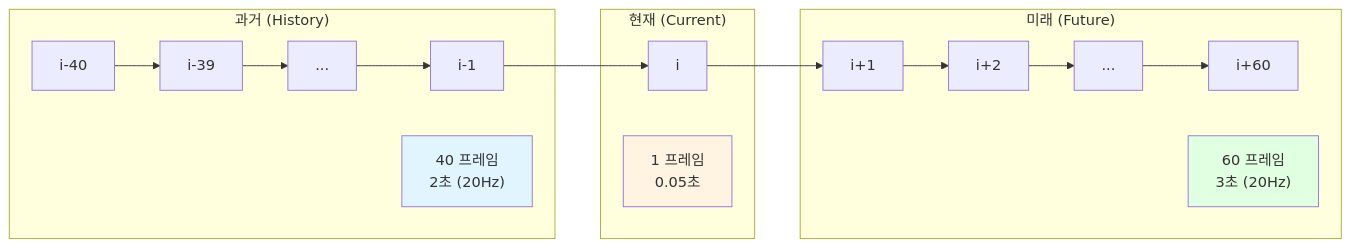
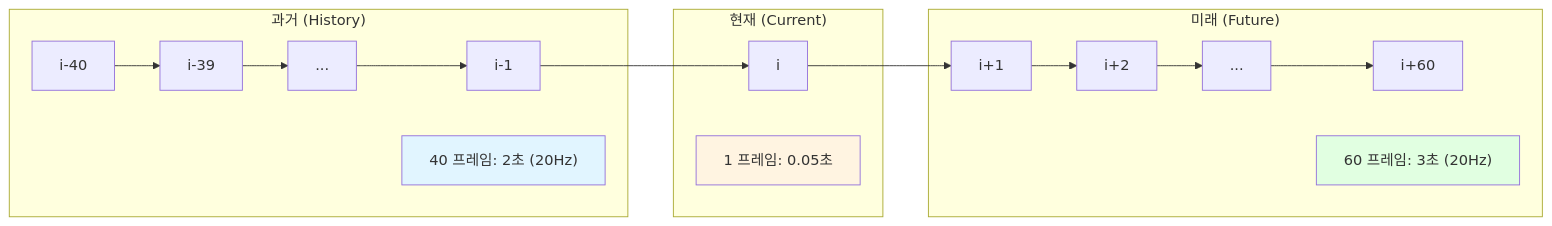
One commit to etri/ad_scenario_classifier changed the eighth of 9 diagrams in doc/01_architecture.md. Above: the diagram before and after it, drawn with Mermaid. The commit also changed other lines of this file and 5 other files, not shown here.

````diff
--- a/doc/01_architecture.md
+++ b/doc/01_architecture.md
@@ -237,24 +237,24 @@
 ```mermaid
 flowchart LR
     subgraph History["과거 (History)"]
         H1[i-40] --> H2[i-39] --> H3[...] --> H4[i-1]
-        H5["40 프레임<br/>2초 (20Hz)"]
+        H5["40 프레임: 2초 (20Hz)"]
     end
     
     subgraph Current["현재 (Current)"]
         C1[i]
-        C2["1 프레임<br/>0.05초"]
+        C2["1 프레임: 0.05초"]
     end
     
     subgraph Future["미래 (Future)"]
         F1[i+1] --> F2[i+2] --> F3[...] --> F4[i+60]
-        F5["60 프레임<br/>3초 (20Hz)"]
+        F5["60 프레임: 3초 (20Hz)"]
     end
     
     H4 --> C1
     C1 --> F1
     
     style H5 fill:#e1f5ff
     style C2 fill:#fff4e1
     style F5 fill:#e1ffe1
 ```
````
